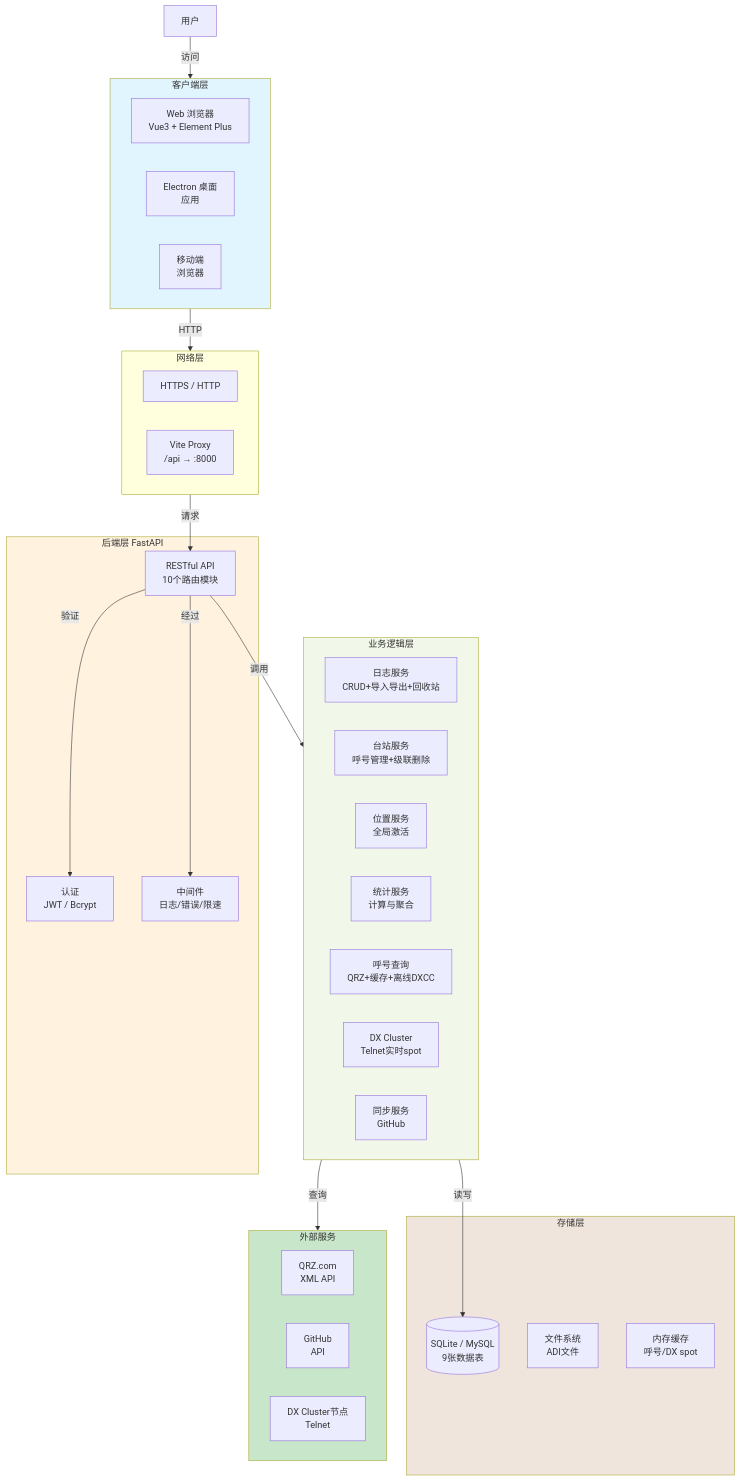
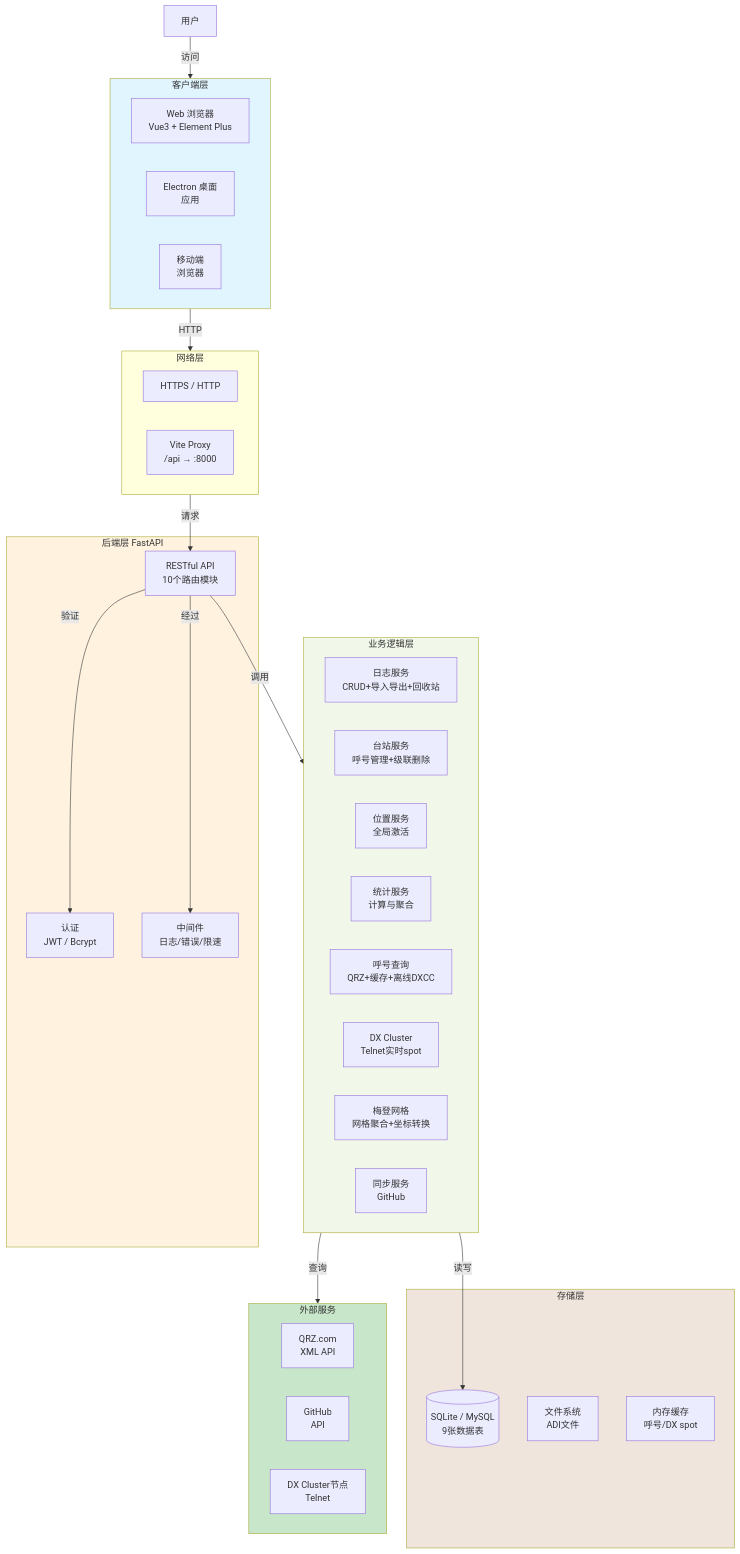
Before and after one commit to NanamiKite/radioManger: the first of 16 diagrams in doc/07_系统架构图.md, drawn with Mermaid. The commit also changed 57 other files, not shown here.

````diff
--- a/doc/07_系统架构图.md
+++ b/doc/07_系统架构图.md
@@ -5,58 +5,59 @@
 ```mermaid
 graph TB
     User["用户"]
 
     subgraph Client["客户端层"]
         Web["Web 浏览器<br/>Vue3 + Element Plus"]
         Electron["Electron 桌面<br/>应用"]
         Mobile["移动端<br/>浏览器"]
     end
 
     subgraph Network["网络层"]
         HTTPS["HTTPS / HTTP"]
         DevProxy["Vite Proxy<br/>/api → :8000"]
     end
 
     subgraph Backend["后端层 FastAPI"]
         Auth["认证<br/>JWT / Bcrypt"]
         API["RESTful API<br/>10个路由模块"]
         Middleware["中间件<br/>日志/错误/限速"]
     end
 
     subgraph Services["业务逻辑层"]
         LogService["日志服务<br/>CRUD+导入导出+回收站"]
         StationService["台站服务<br/>呼号管理+级联删除"]
         LocationService["位置服务<br/>全局激活"]
         StatsService["统计服务<br/>计算与聚合"]
         QRZService["呼号查询<br/>QRZ+缓存+离线DXCC"]
         DXCluster["DX Cluster<br/>Telnet实时spot"]
+        MapService["梅登网格<br/>网格聚合+坐标转换"]
         SyncService["同步服务<br/>GitHub"]
     end
 
     subgraph Storage["存储层"]
         DB[("SQLite / MySQL<br/>9张数据表")]
         FileSystem["文件系统<br/>ADI文件"]
         Cache["内存缓存<br/>呼号/DX spot"]
     end
 
     subgraph External["外部服务"]
         QRZ["QRZ.com<br/>XML API"]
         GitHub["GitHub<br/>API"]
         DXTelnet["DX Cluster节点<br/>Telnet"]
     end
 
     User -->|访问| Client
     Client -->|HTTP| Network
     Network -->|请求| API
     API -->|验证| Auth
     API -->|经过| Middleware
     API -->|调用| Services
     Services -->|读写| DB
     Services -->|查询| External
 
     style Client fill:#e1f5ff
     style Backend fill:#fff3e0
     style Services fill:#f1f8e9
     style Storage fill:#efe5dd
     style External fill:#c8e6c9
 ```
````
